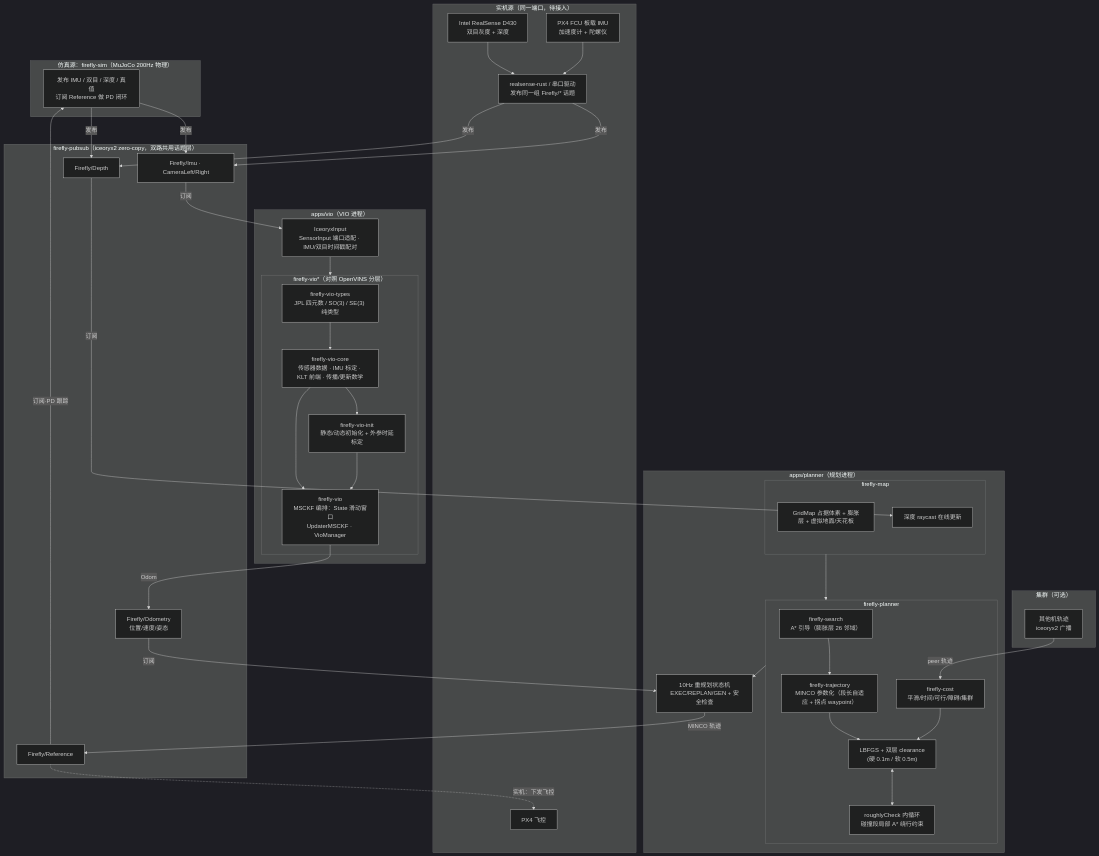
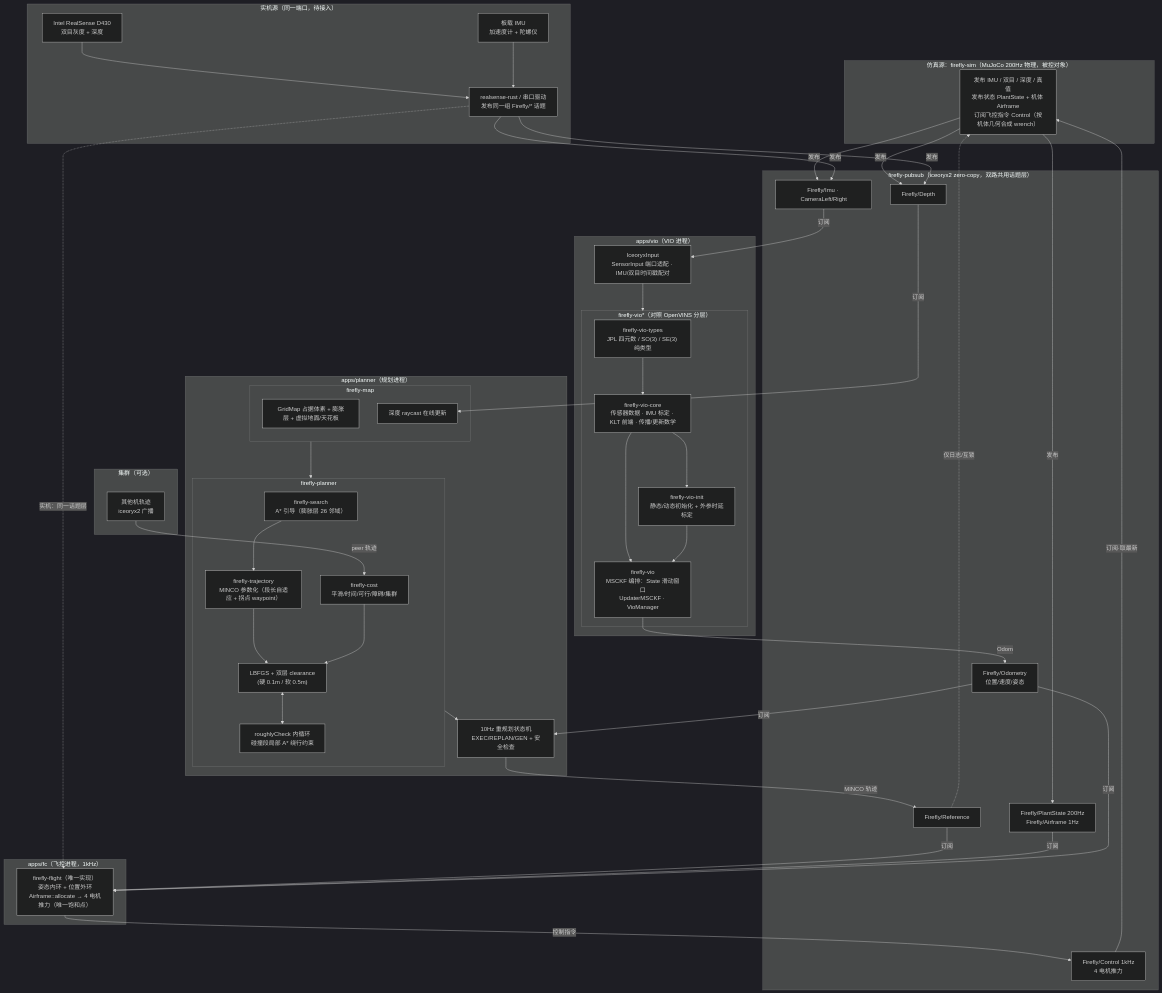
The first of 2 diagrams in docs/architecture.md (3SE-Competitive-Robotics-Team/firefly), drawn with Mermaid (dark theme) before and after one commit. The commit also changed other lines of this file and 27 other files, not shown here.

````diff
--- a/docs/architecture.md
+++ b/docs/architecture.md
@@ -3,13 +3,16 @@
 ```mermaid
 flowchart TD
-    subgraph SIM_SRC["仿真源：firefly-sim（MuJoCo 200Hz 物理）"]
-        SIMP["发布 IMU / 双目 / 深度 / 真值<br/>订阅 Reference 做 PD 闭环"]
+    subgraph SIM_SRC["仿真源：firefly-sim（MuJoCo 200Hz 物理，被控对象）"]
+        SIMP["发布 IMU / 双目 / 深度 / 真值<br/>发布状态 PlantState + 机体 Airframe<br/>订阅飞控指令 Control（按机体几何合成 wrench）"]
+    end
+
+    subgraph FC_APP["apps/fc（飞控进程，1kHz）"]
+        FLIGHT["firefly-flight（唯一实现）<br/>姿态内环 + 位置外环<br/>Airframe::allocate → 4 电机推力（唯一饱和点）"]
     end
 
     subgraph HW_SRC["实机源（同一端口，待接入）"]
         CAM["Intel RealSense D430<br/>双目灰度 + 深度"]
-        IMU_SENSOR["PX4 FCU 板载 IMU<br/>加速度计 + 陀螺仪"]
-        FC["PX4 飞控"]
+        IMU_SENSOR["板载 IMU<br/>加速度计 + 陀螺仪"]
         DRV["realsense-rust / 串口驱动<br/>发布同一组 Firefly/* 话题"]
         CAM --> DRV
         IMU_SENSOR --> DRV
@@ -20,10 +23,13 @@
         TOPIC_DEPTH["Firefly/Depth"]
         TOPIC_ODOM["Firefly/Odometry<br/>位置/速度/姿态"]
         TOPIC_REF["Firefly/Reference"]
+        TOPIC_PLANT["Firefly/PlantState 200Hz<br/>Firefly/Airframe 1Hz"]
+        TOPIC_CTRL["Firefly/Control 1kHz<br/>4 电机推力"]
     end
 
     SIMP -->|发布| TOPIC_SENS
     SIMP -->|发布| TOPIC_DEPTH
+    SIMP -->|发布| TOPIC_PLANT
     DRV -->|发布| TOPIC_SENS
     DRV -->|发布| TOPIC_DEPTH
 
@@ -73,6 +79,11 @@
     TOPIC_DEPTH -->|订阅| RAY
     PEER -->|peer 轨迹| COST
     FSM -->|MINCO 轨迹| TOPIC_REF
-    TOPIC_REF -->|订阅·PD 跟踪| SIMP
-    TOPIC_REF -.->|实机：下发飞控| FC
+    TOPIC_REF -->|订阅| FLIGHT
+    TOPIC_PLANT -->|订阅| FLIGHT
+    TOPIC_ODOM -->|订阅| FLIGHT
+    FLIGHT -->|控制指令| TOPIC_CTRL
+    TOPIC_CTRL -->|订阅·取最新| SIMP
+    TOPIC_REF -.->|仅日志/互锁| SIMP
+    DRV -.->|实机：同一话题层| FLIGHT
 ```
````
